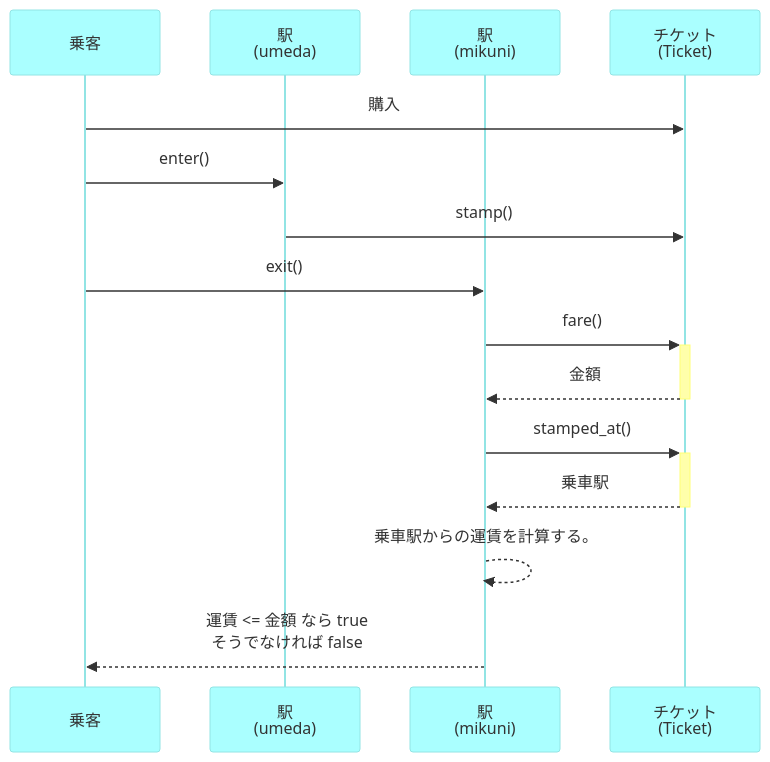
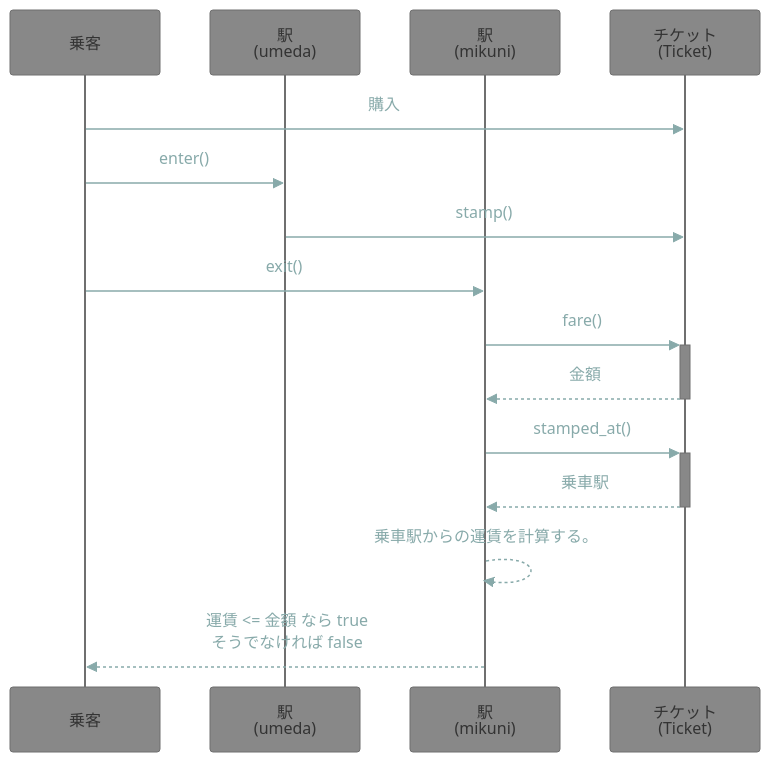
One commit to katoy/ruby31-practice changed the diagram in README.md. Above: the diagram before and after it, drawn with Mermaid.

Commit message:
marmaid 図の Thema を

````diff
--- a/README.md
+++ b/README.md
@@ -14,24 +14,24 @@
 ```mermaid
 %%  {init: {'securityLevel': 'loose', 'theme':'base'}} 
-%%{init: {'theme': 'base', 'themeVariables': { 'primaryColor': '#aaffff', 'edgeLabelBackground':'#ffffee', 'tertiaryColor': '#fff0f0'}}}%%
+%%{init: {'theme': 'base', 'themeVariables': { 'primaryColor': '#888888', 'textColor': '#88aaaa'}}}%%
 
 sequenceDiagram
 
 participant A as 乗客
 participant G1 as 駅<br/>(umeda)
 participant G2 as 駅<br/>(mikuni)
 participant T as チケット<br/>(Ticket)
 
 A->>T: 購入
 A->>G1: enter()
 G1->>T: stamp()
 
 A->>G2: exit()
 G2->> + T: fare()
 T-->> - G2: 金額
 G2->> + T: stamped_at()
 T-->> - G2: 乗車駅
 G2-->>G2: 乗車駅からの運賃を計算する。
 
 G2-->>A: 運賃 <= 金額 なら true<br/>そうでなければ false
 ```
````
